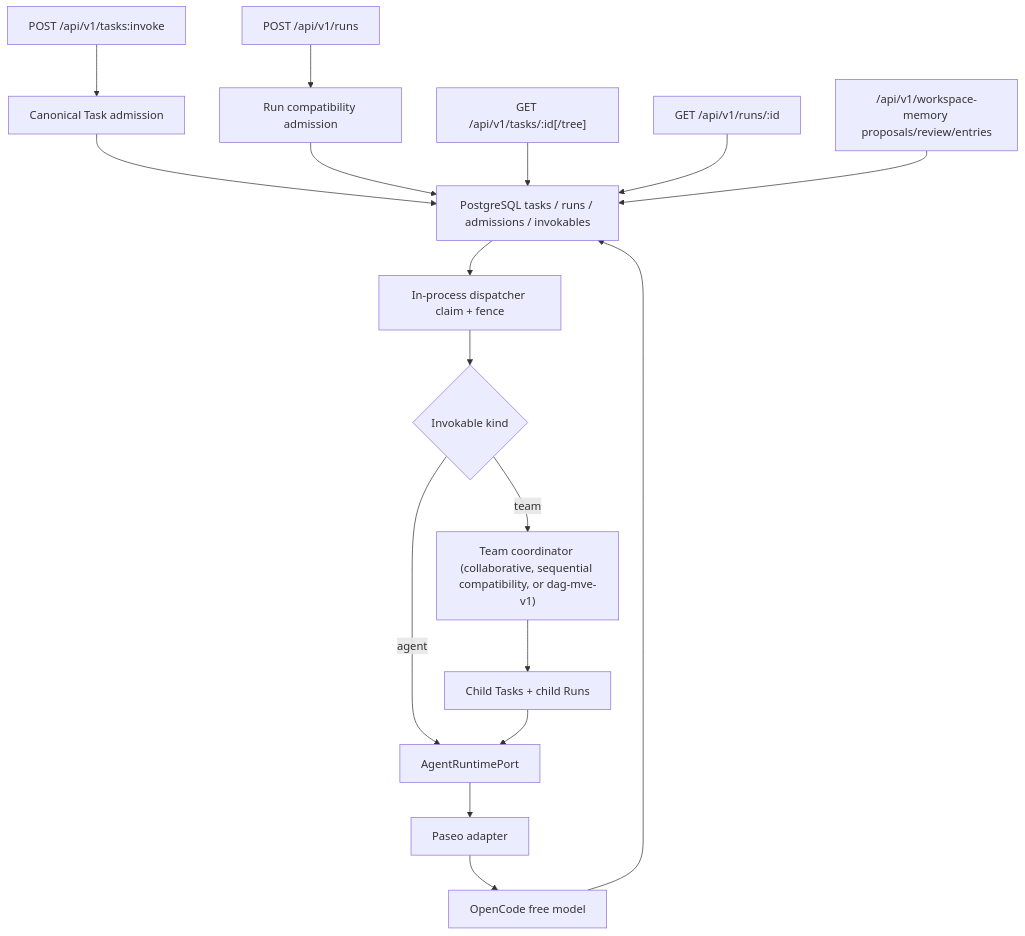
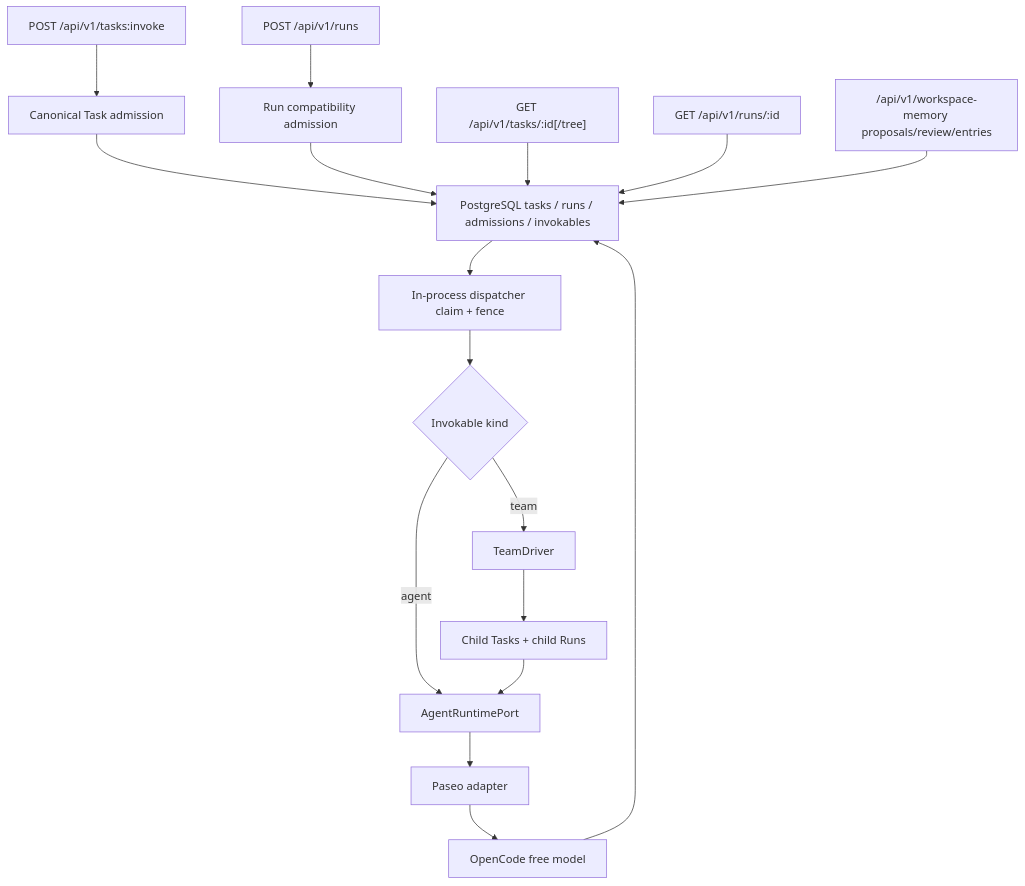
One commit to atomlink-ye/agent-server changed the diagram in README.md. Above: the diagram before and after it, drawn with Mermaid. The commit also changed other lines of this file and 79 other files, not shown here.

````diff
--- a/README.md
+++ b/README.md
@@ -7,19 +9,19 @@
 ```mermaid
 flowchart TD
     A["POST /api/v1/tasks:invoke"] --> B["Canonical Task admission"]
     J["POST /api/v1/runs"] --> C["Run compatibility admission"]
     B --> D["PostgreSQL tasks / runs / admissions / invokables"]
     C --> D
     D --> E["In-process dispatcher claim + fence"]
     E --> F{"Invokable kind"}
     F -->|agent| G["AgentRuntimePort"]
-    F -->|team| H["Team coordinator (collaborative, sequential compatibility, or dag-mve-v1)"]
+    F -->|team| H["TeamDriver"]
     H --> I["Child Tasks + child Runs"]
     I --> G
     G --> K["Paseo adapter"]
     K --> L["OpenCode free model"]
     L --> D
     M["GET /api/v1/tasks/:id[/tree]"] --> D
     N["GET /api/v1/runs/:id"] --> D
     O["/api/v1/workspace-memory proposals/review/entries"] --> D
 ```
````
